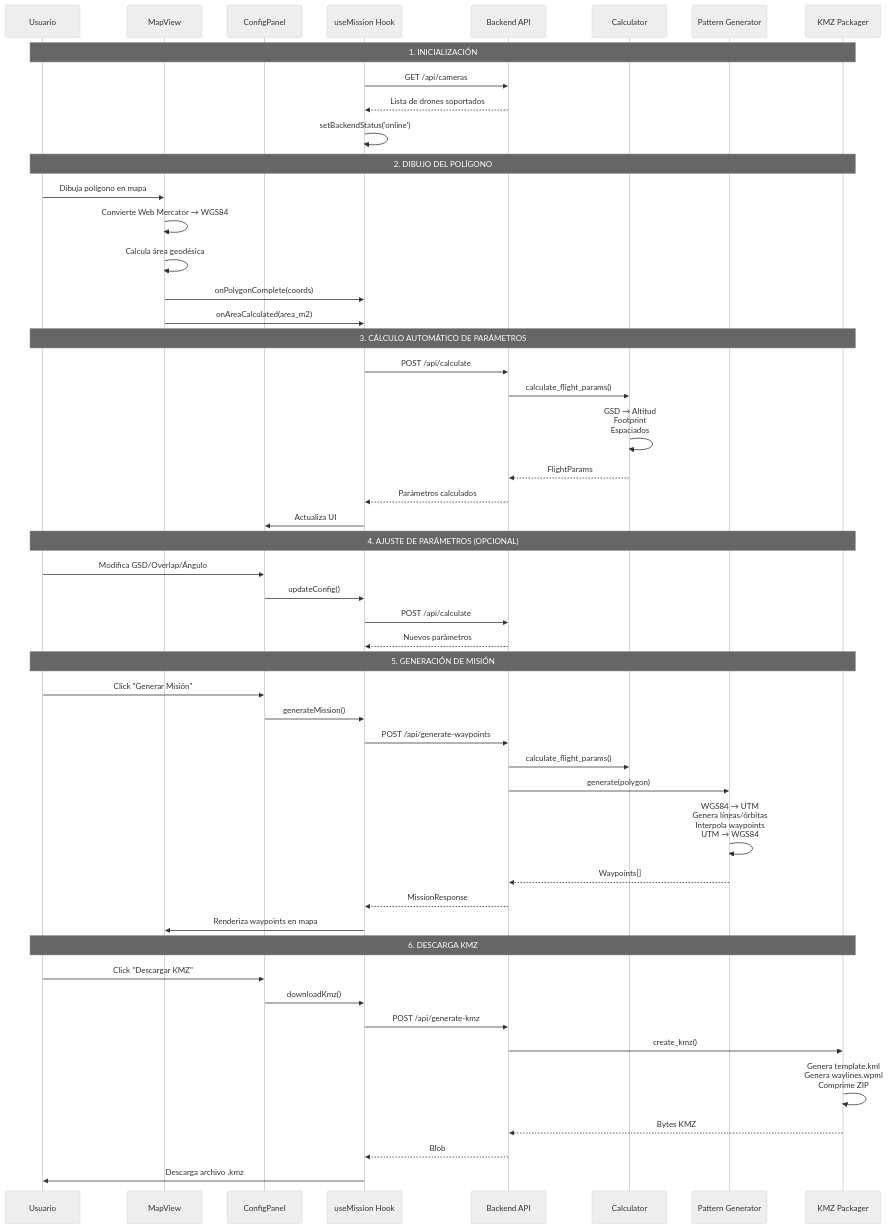
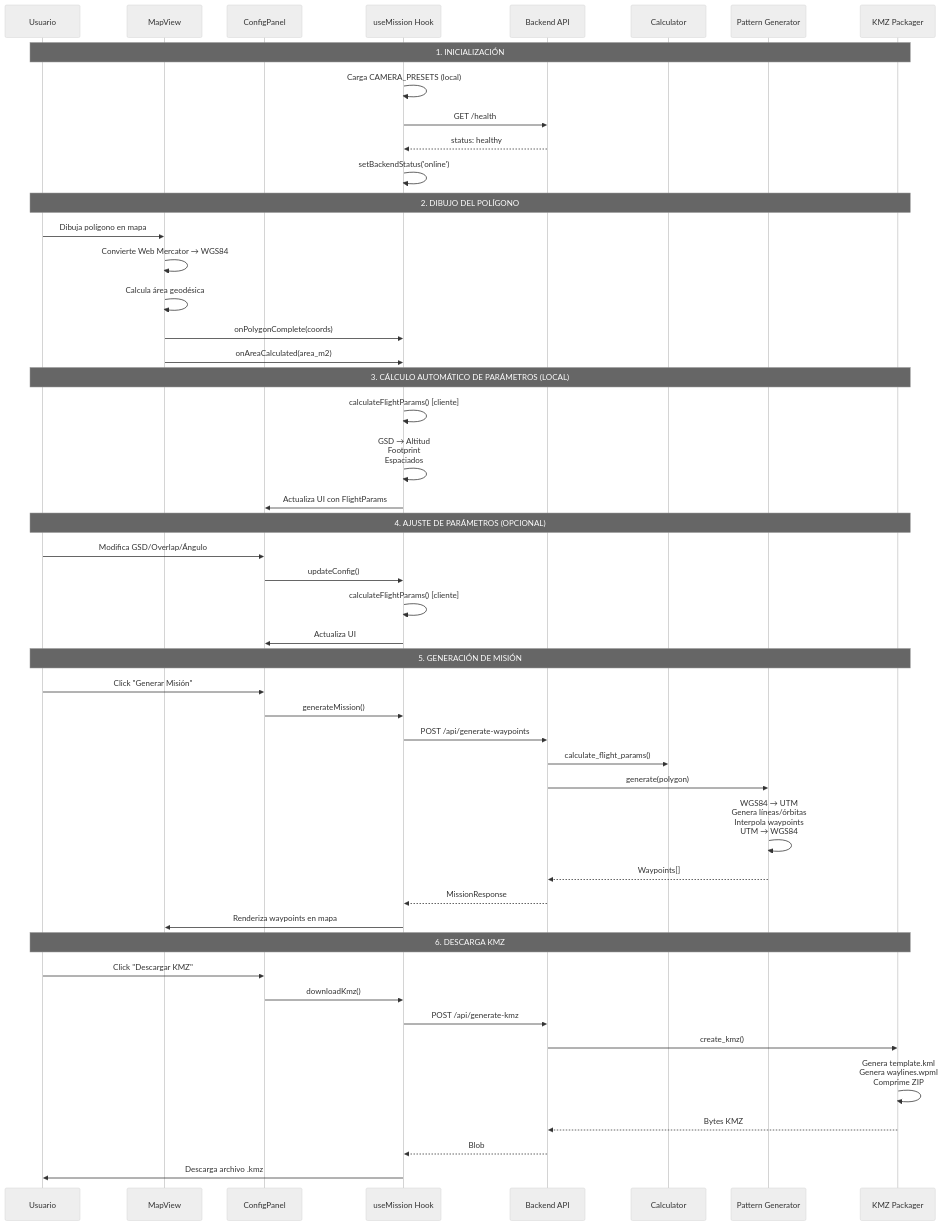
The second of 20 diagrams in geoflight/README.md (geoai-latam/WaypointsDJI), drawn with Mermaid (neutral theme) before and after one commit. The commit also changed other lines of this file and 2 other files, not shown here.

````diff
--- a/geoflight/README.md
+++ b/geoflight/README.md
@@ -93,58 +97,56 @@
 ```mermaid
 sequenceDiagram
     participant U as Usuario
     participant M as MapView
     participant C as ConfigPanel
     participant H as useMission Hook
     participant API as Backend API
     participant Calc as Calculator
     participant Pat as Pattern Generator
     participant KMZ as KMZ Packager
 
     Note over U,KMZ: 1. INICIALIZACIÓN
-    H->>API: GET /api/cameras
-    API-->>H: Lista de drones soportados
+    H->>H: Carga CAMERA_PRESETS (local)
+    H->>API: GET /health
+    API-->>H: status: healthy
     H->>H: setBackendStatus('online')
 
     Note over U,KMZ: 2. DIBUJO DEL POLÍGONO
     U->>M: Dibuja polígono en mapa
     M->>M: Convierte Web Mercator → WGS84
     M->>M: Calcula área geodésica
     M->>H: onPolygonComplete(coords)
     M->>H: onAreaCalculated(area_m2)
 
-    Note over U,KMZ: 3. CÁLCULO AUTOMÁTICO DE PARÁMETROS
-    H->>API: POST /api/calculate
-    API->>Calc: calculate_flight_params()
-    Calc->>Calc: GSD → Altitud<br/>Footprint<br/>Espaciados
-    Calc-->>API: FlightParams
-    API-->>H: Parámetros calculados
-    H->>C: Actualiza UI
+    Note over U,KMZ: 3. CÁLCULO AUTOMÁTICO DE PARÁMETROS (LOCAL)
+    H->>H: calculateFlightParams() [cliente]
+    H->>H: GSD → Altitud<br/>Footprint<br/>Espaciados
+    H->>C: Actualiza UI con FlightParams
 
     Note over U,KMZ: 4. AJUSTE DE PARÁMETROS (OPCIONAL)
     U->>C: Modifica GSD/Overlap/Ángulo
     C->>H: updateConfig()
-    H->>API: POST /api/calculate
-    API-->>H: Nuevos parámetros
+    H->>H: calculateFlightParams() [cliente]
+    H->>C: Actualiza UI
 
     Note over U,KMZ: 5. GENERACIÓN DE MISIÓN
     U->>C: Click "Generar Misión"
     C->>H: generateMission()
     H->>API: POST /api/generate-waypoints
     API->>Calc: calculate_flight_params()
     API->>Pat: generate(polygon)
     Pat->>Pat: WGS84 → UTM<br/>Genera líneas/órbitas<br/>Interpola waypoints<br/>UTM → WGS84
     Pat-->>API: Waypoints[]
     API-->>H: MissionResponse
     H->>M: Renderiza waypoints en mapa
 
     Note over U,KMZ: 6. DESCARGA KMZ
     U->>C: Click "Descargar KMZ"
     C->>H: downloadKmz()
     H->>API: POST /api/generate-kmz
     API->>KMZ: create_kmz()
     KMZ->>KMZ: Genera template.kml<br/>Genera waylines.wpml<br/>Comprime ZIP
     KMZ-->>API: Bytes KMZ
     API-->>H: Blob
     H->>U: Descarga archivo .kmz
 ```
````
